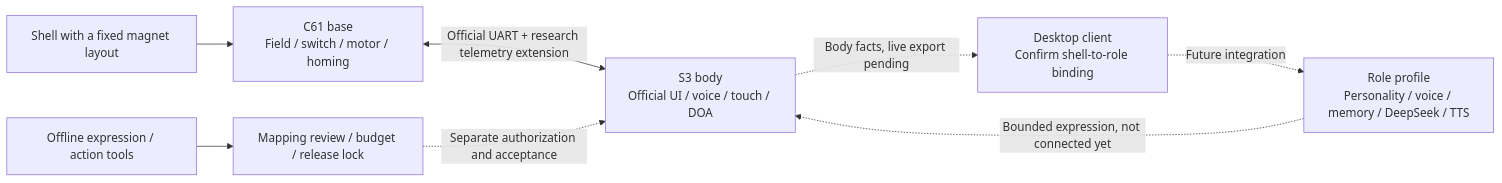
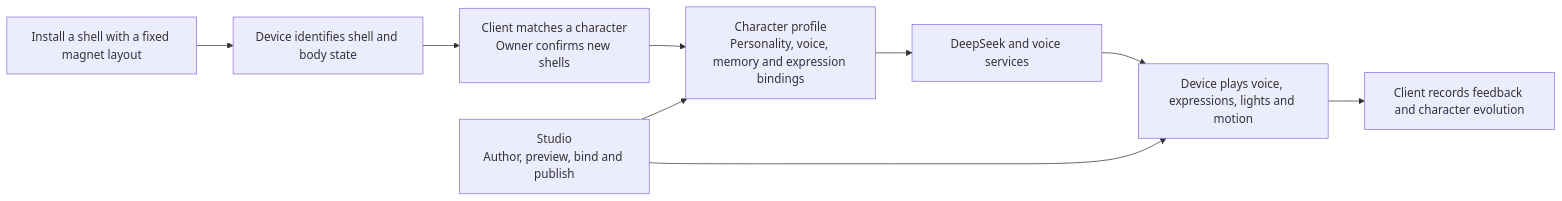
The diagram in README.en.md (404-NOT-FOUND-ERROR/DeskBot-Hardware), drawn with Mermaid before and after one commit. The commit also changed other lines of this file and 681 other files, not shown here.

First line of the commit message:
feat: publish DeskBot Studio and USB display queries

````diff
--- a/README.en.md
+++ b/README.en.md
@@ -28,10 +45,11 @@
 ```mermaid
 flowchart LR
-    A[Shell with a fixed magnet layout] --> B[C61 base\nField / switch / motor / homing]
-    B <-->|Official UART + research telemetry extension| C[S3 body\nOfficial UI / voice / touch / DOA]
-    C -.Body facts, live export pending.-> D[Desktop client\nConfirm shell-to-role binding]
-    D -.Future integration.-> E[Role profile\nPersonality / voice / memory / DeepSeek / TTS]
-    E -.Bounded expression, not connected yet.-> C
-    W[Offline expression / action tools] --> R[Mapping review / budget / release lock]
-    R -.Separate authorization and acceptance.-> C
+    A[Install a shell with a fixed magnet layout] --> B[Device identifies shell and body state]
+    B --> C[Client matches a character\nOwner confirms new shells]
+    C --> D[Character profile\nPersonality, voice, memory and expression bindings]
+    D --> E[DeepSeek and voice services]
+    E --> F[Device plays voice, expressions, lights and motion]
+    F --> G[Client records feedback and character evolution]
+    W[Studio\nAuthor, preview, bind and publish] --> D
+    W --> F
 ```
````
